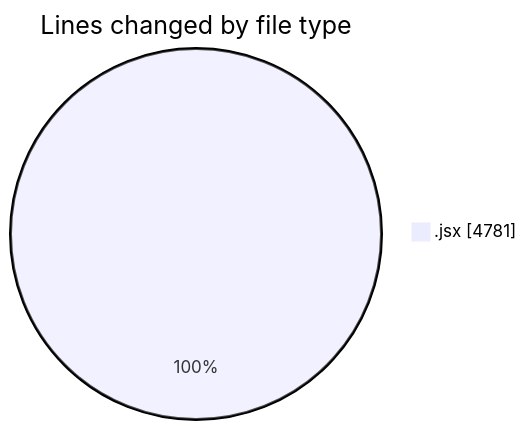
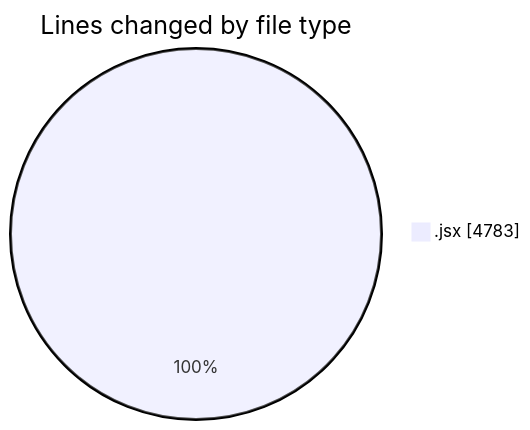
One commit to nxtqubesakshisongat/code-tracking changed the first of 2 diagrams in 2025-10-14/nxtqube_webapp/README.md. Above: the diagram before and after it, drawn with Mermaid. The commit also changed other lines of this file and 1 other file, not shown here.

````diff
--- a/2025-10-14/nxtqube_webapp/README.md
+++ b/2025-10-14/nxtqube_webapp/README.md
@@ -21,5 +21,5 @@
 ```mermaid
 pie showData
 title Lines changed by file type
-".jsx" : 4781
+".jsx" : 4783
 ```
````
